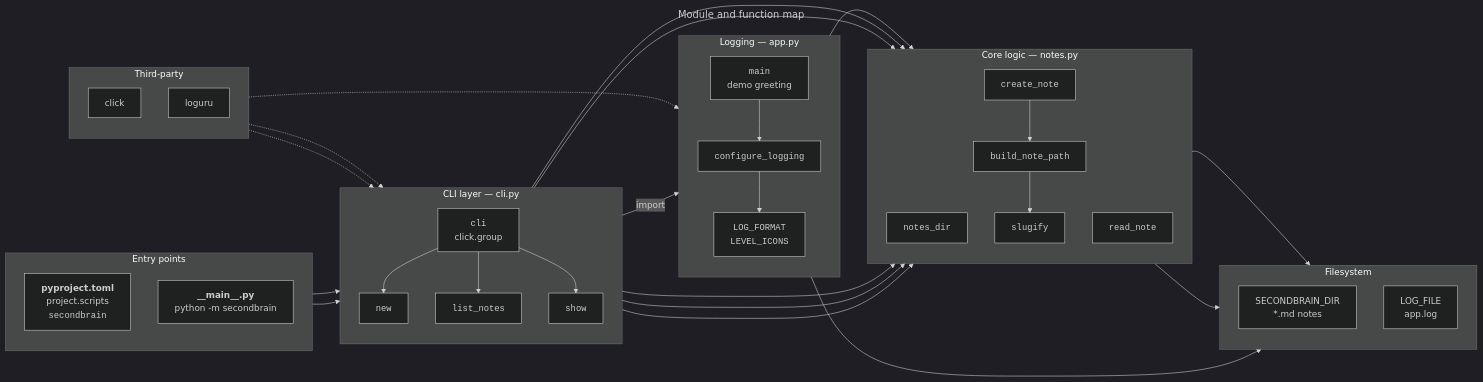
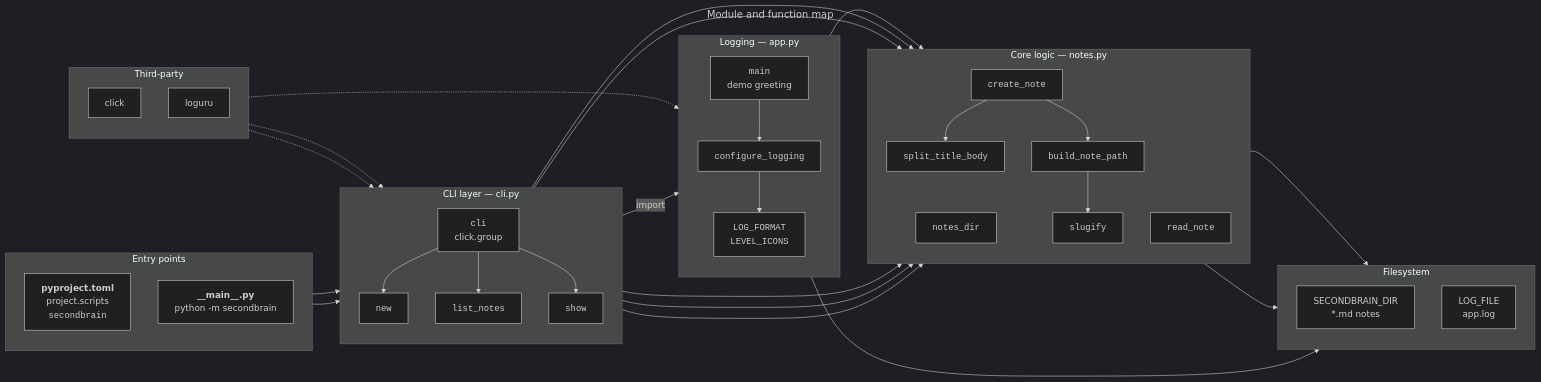
The first of 3 diagrams in docs/architecture.md (s66erge/sb-aug-main), drawn with Mermaid (dark theme) before and after one commit. The commit also changed other lines of this file and 7 other files, not shown here.

First line of the commit message:
fix: split note input into title and body (#1)

````diff
--- a/docs/architecture.md
+++ b/docs/architecture.md
@@ -12,75 +12,77 @@
 ```mermaid
 ---
 title: Module and function map
 ---
 flowchart LR
     subgraph entry["Entry points"]
         direction TB
         script["<b>pyproject.toml</b><br/>project.scripts<br/><code>secondbrain</code>"]
         dunder["<b>__main__.py</b><br/>python -m secondbrain"]
     end
 
     subgraph cli_layer["CLI layer — cli.py"]
         direction TB
         cli_grp["<code>cli</code><br/>click.group"]
         cmd_new["<code>new</code>"]
         cmd_list["<code>list_notes</code>"]
         cmd_show["<code>show</code>"]
     end
 
     subgraph log_layer["Logging — app.py"]
         direction TB
         conf["<code>configure_logging</code>"]
         appmain["<code>main</code><br/>demo greeting"]
         fmt["<code>LOG_FORMAT</code><br/><code>LEVEL_ICONS</code>"]
     end
 
     subgraph core["Core logic — notes.py"]
         direction TB
         ndir["<code>notes_dir</code>"]
         slug["<code>slugify</code>"]
+        split["<code>split_title_body</code>"]
         build["<code>build_note_path</code>"]
         create["<code>create_note</code>"]
         read["<code>read_note</code>"]
     end
 
     subgraph ext["Third-party"]
         direction TB
         click_lib["click"]
         loguru_lib["loguru"]
     end
 
     subgraph store["Filesystem"]
         direction TB
         notes_md["SECONDBRAIN_DIR<br/>*.md notes"]
         logfile["LOG_FILE<br/>app.log"]
     end
 
     script --> cli_grp
     dunder --> cli_grp
 
     cli_grp --> cmd_new
     cli_grp --> cmd_list
     cli_grp --> cmd_show
     cli_grp -->|"import"| conf
 
     cmd_new --> create
     cmd_new --> ndir
     cmd_list --> ndir
     cmd_show --> ndir
     cmd_show --> read
 
+    create --> split
     create --> build
     build --> slug
     create --> notes_md
     read --> notes_md
 
     conf --> ndir
     conf --> fmt
     conf --> logfile
     appmain --> conf
 
     click_lib -.-> cli_grp
     loguru_lib -.-> conf
     loguru_lib -.-> cmd_new
 ```
````
